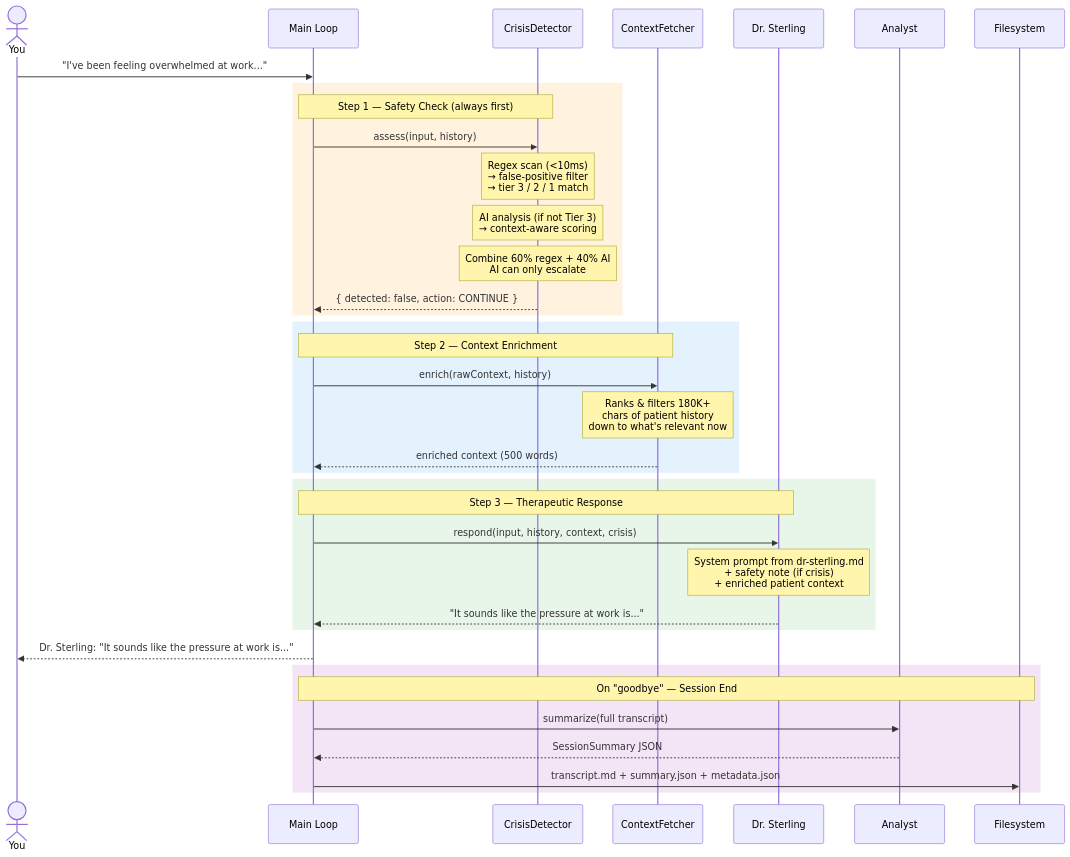
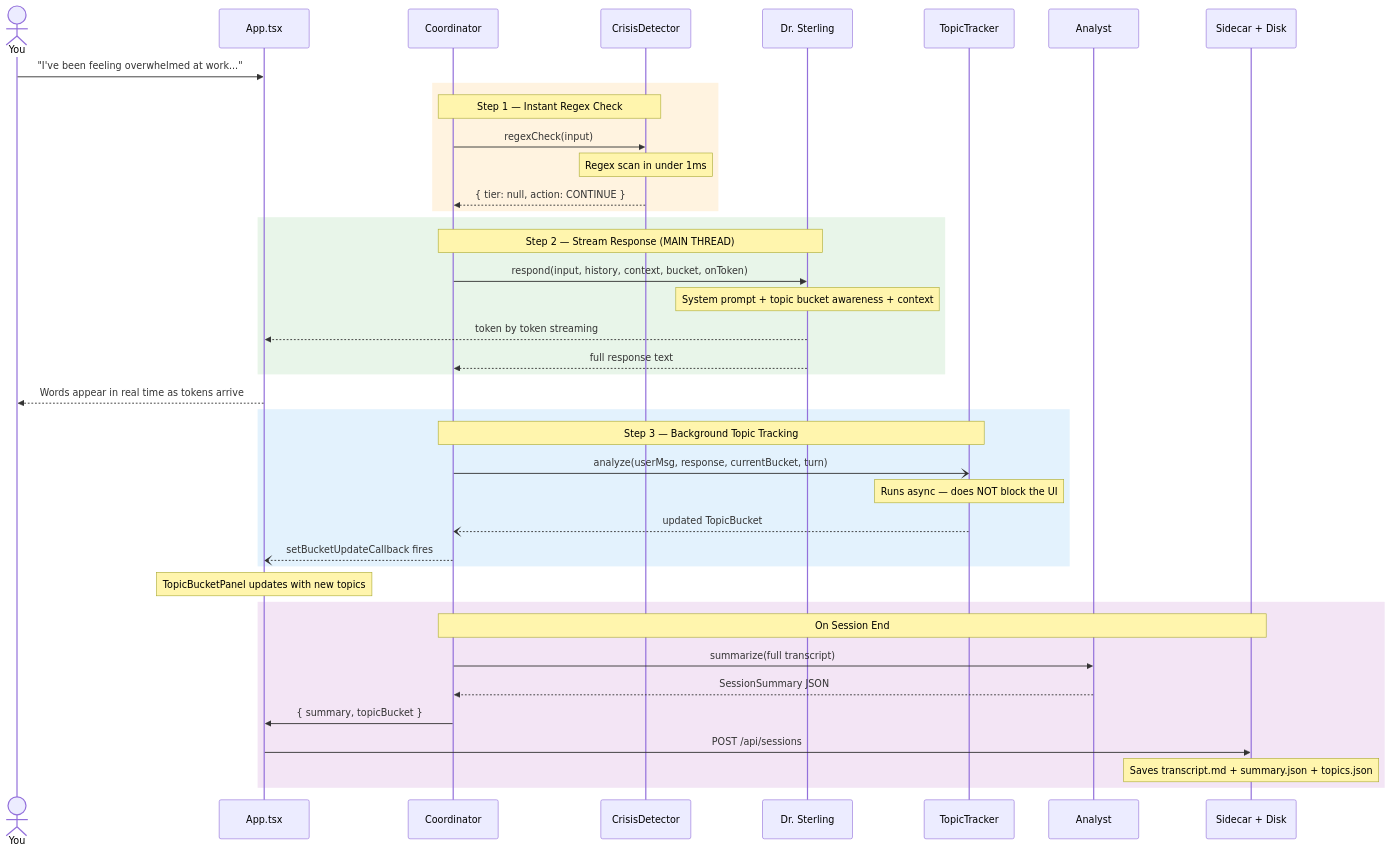
The second of 4 diagrams in README.md (neerazz/ai-psychiatrist), drawn with Mermaid before and after one commit. The commit also changed other lines of this file and 47 other files, not shown here.

````diff
--- a/README.md
+++ b/README.md
@@ -99,44 +113,49 @@
 ```mermaid
 sequenceDiagram
     actor U as You
-    participant M as Main Loop
+    participant APP as App.tsx
+    participant COORD as Coordinator
     participant CD as CrisisDetector
-    participant CF as ContextFetcher
     participant DS as Dr. Sterling
+    participant TT as TopicTracker
     participant AN as Analyst
-    participant FS as Filesystem
+    participant FS as Sidecar + Disk
 
-    U->>M: "I've been feeling overwhelmed at work..."
+    U->>APP: "I've been feeling overwhelmed at work..."
 
     rect rgb(255, 243, 224)
-        Note over M,CD: Step 1 — Safety Check (always first)
-        M->>CD: assess(input, history)
-        Note over CD: Regex scan (<10ms)<br/>→ false-positive filter<br/>→ tier 3 / 2 / 1 match
-        Note over CD: AI analysis (if not Tier 3)<br/>→ context-aware scoring
-        Note over CD: Combine 60% regex + 40% AI<br/>AI can only escalate
-        CD-->>M: { detected: false, action: CONTINUE }
-    end
-
-    rect rgb(227, 242, 253)
-        Note over M,CF: Step 2 — Context Enrichment
-        M->>CF: enrich(rawContext, history)
-        Note over CF: Ranks & filters 180K+<br/>chars of patient history<br/>down to what's relevant now
-        CF-->>M: enriched context (500 words)
+        Note over COORD,CD: Step 1 — Instant Regex Check
+        COORD->>CD: regexCheck(input)
+        Note over CD: Regex scan in under 1ms
+        CD-->>COORD: { tier: null, action: CONTINUE }
     end
 
     rect rgb(232, 245, 233)
-        Note over M,DS: Step 3 — Therapeutic Response
-        M->>DS: respond(input, history, context, crisis)
-        Note over DS: System prompt from dr-sterling.md<br/>+ safety note (if crisis)<br/>+ enriched patient context
-        DS-->>M: "It sounds like the pressure at work is..."
+        Note over COORD,DS: Step 2 — Stream Response (MAIN THREAD)
+        COORD->>DS: respond(input, history, context, bucket, onToken)
+        Note over DS: System prompt + topic bucket awareness + context
+        DS-->>APP: token by token streaming
+        DS-->>COORD: full response text
     end
 
-    M-->>U: Dr. Sterling: "It sounds like the pressure at work is..."
+    APP-->>U: Words appear in real time as tokens arrive
+
+    rect rgb(227, 242, 253)
+        Note over COORD,TT: Step 3 — Background Topic Tracking
+        COORD-)TT: analyze(userMsg, response, currentBucket, turn)
+        Note over TT: Runs async — does NOT block the UI
+        TT--)COORD: updated TopicBucket
+        COORD--)APP: setBucketUpdateCallback fires
+    end
+
+    Note over APP: TopicBucketPanel updates with new topics
 
     rect rgb(243, 229, 245)
-        Note over M,FS: On "goodbye" — Session End
-        M->>AN: summarize(full transcript)
-        AN-->>M: SessionSummary JSON
-        M->>FS: transcript.md + summary.json + metadata.json
+        Note over COORD,FS: On Session End
+        COORD->>AN: summarize(full transcript)
+        AN-->>COORD: SessionSummary JSON
+        COORD->>APP: { summary, topicBucket }
+        APP->>FS: POST /api/sessions
+        Note over FS: Saves transcript.md + summary.json + topics.json
     end
 ```
````
